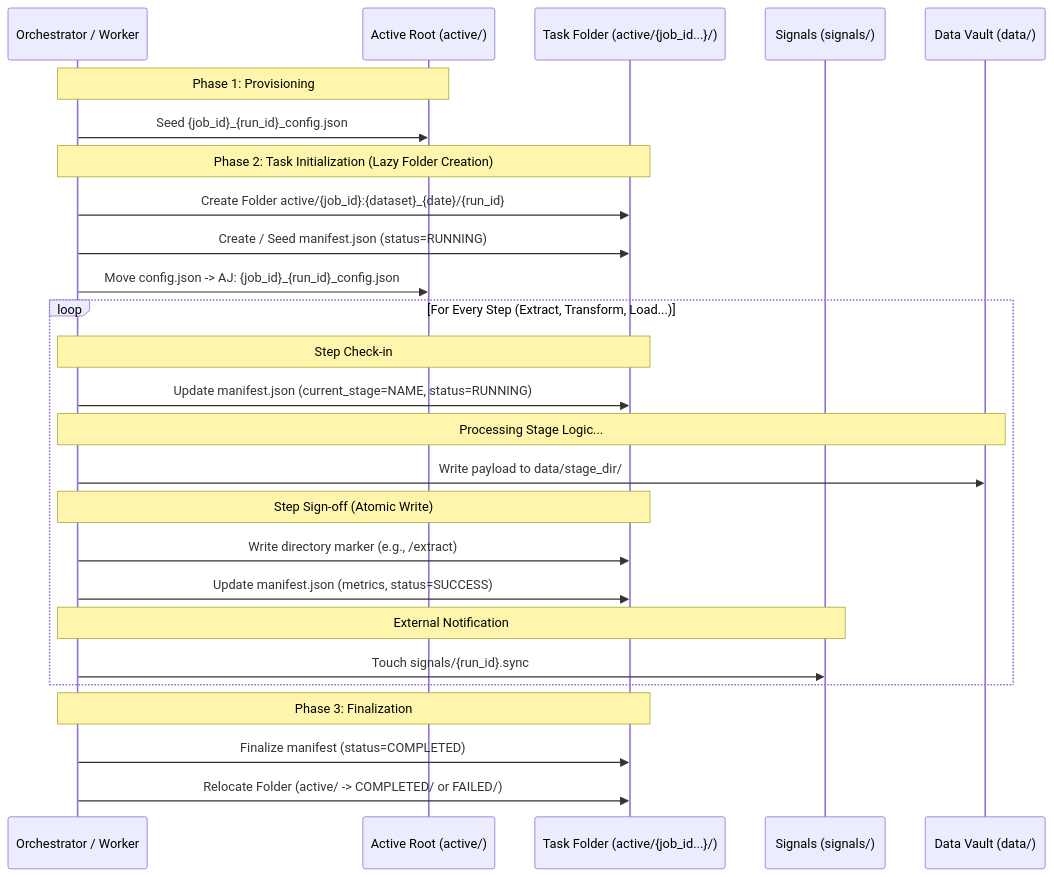
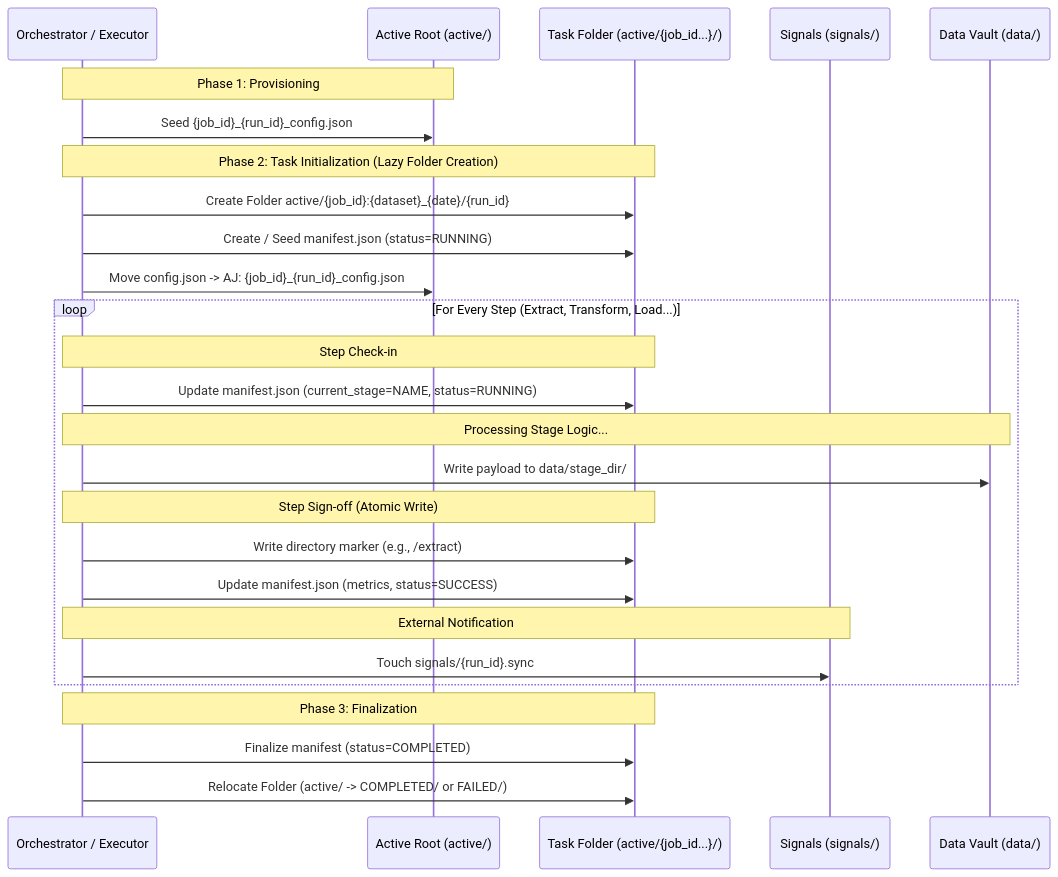
Before and after one commit to RaymondOnn/data-ops-toolkit: the first of 2 diagrams in apps/ingestion/src/core/models/stages/job_lifecycle_folder_structure.md, drawn with Mermaid. The commit also changed other lines of this file and 23 other files, not shown here.

````diff
--- a/apps/ingestion/src/core/models/stages/job_lifecycle_folder_structure.md
+++ b/apps/ingestion/src/core/models/stages/job_lifecycle_folder_structure.md
@@ -46,35 +46,35 @@
 ```mermaid
 sequenceDiagram
-    participant O as Orchestrator / Worker
+    participant O as Orchestrator / Executor
     participant AR as Active Root (active/)
     participant AJ as Task Folder (active/{job_id...}/)
     participant S as Signals (signals/)
     participant D as Data Vault (data/)
 
     Note over O,AR: Phase 1: Provisioning
     O->>AR: Seed {job_id}_{run_id}_config.json
     
     Note over O,AJ: Phase 2: Task Initialization (Lazy Folder Creation)
     O->>AJ: Create Folder active/{job_id}:{dataset}_{date}/{run_id}
     O->>AJ: Create / Seed manifest.json (status=RUNNING)
     O->>AR: Move config.json -> AJ: {job_id}_{run_id}_config.json
     
     loop For Every Step (Extract, Transform, Load...)
         Note over O,AJ: Step Check-in
         O->>AJ: Update manifest.json (current_stage=NAME, status=RUNNING)
         
         Note over O,D: Processing Stage Logic...
         O->>D: Write payload to data/stage_dir/
         
         Note over O,AJ: Step Sign-off (Atomic Write)
         O->>AJ: Write directory marker (e.g., /extract)
         O->>AJ: Update manifest.json (metrics, status=SUCCESS)
         
         Note over O,S: External Notification
         O->>S: Touch signals/{run_id}.sync
     end
 
     Note over O,AJ: Phase 3: Finalization
     O->>AJ: Finalize manifest (status=COMPLETED)
     O->>AJ: Relocate Folder (active/ -> COMPLETED/ or FAILED/)
 ```
````
